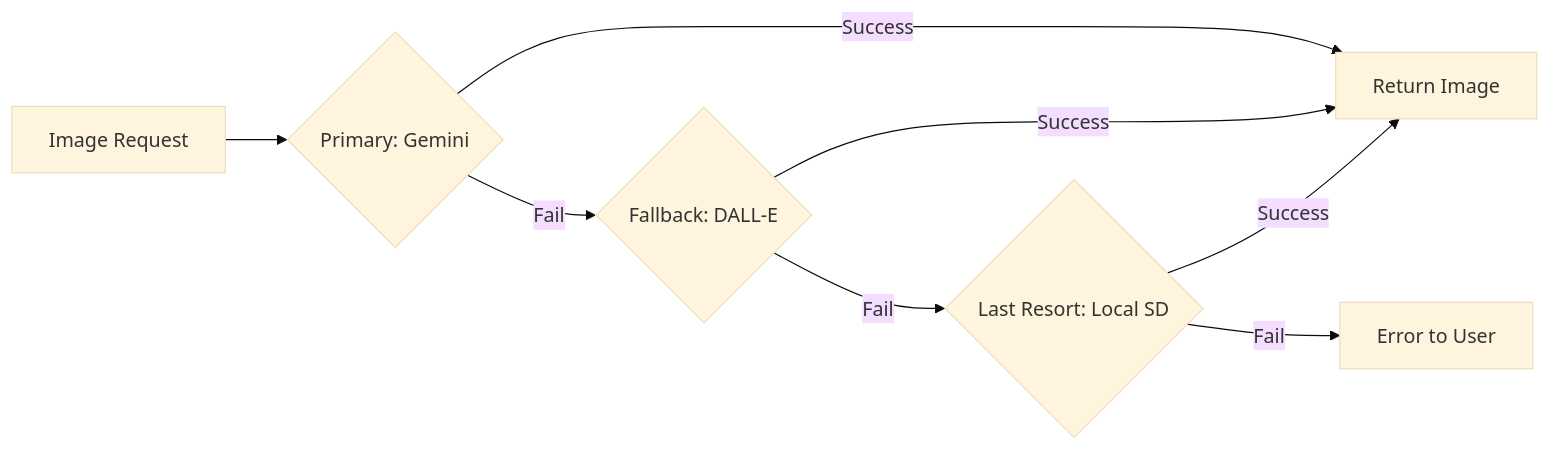
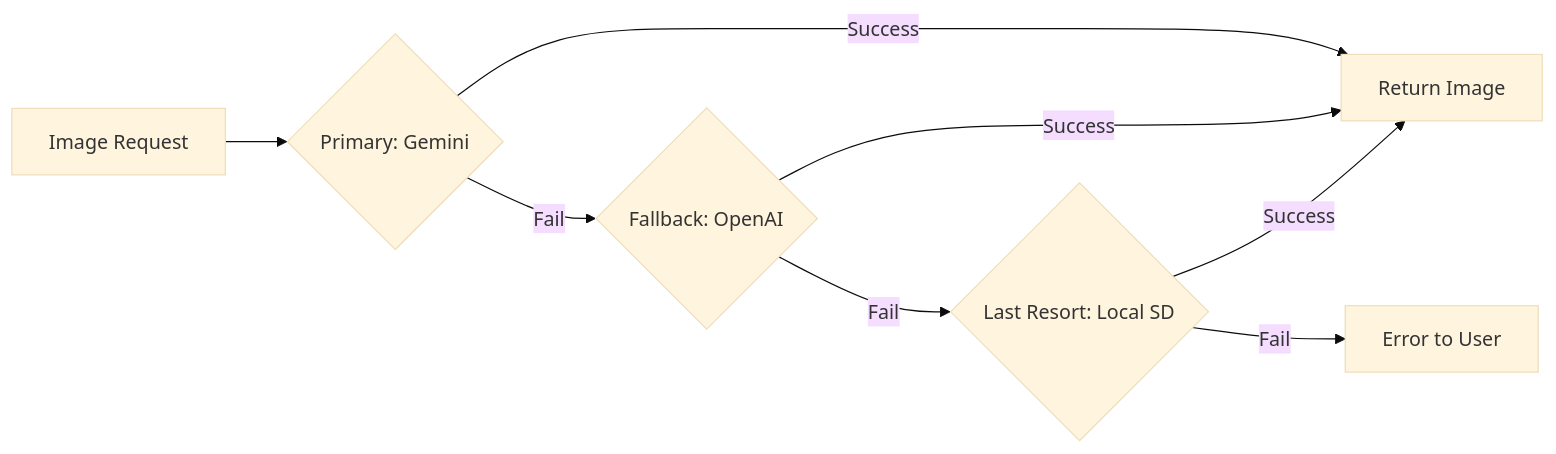
One commit to ihabkhaled/ClawAI changed the second of 2 diagrams in docs/03-architecture/image-pipeline-architecture.md. Above: the diagram before and after it, drawn with Mermaid (base theme). The commit also changed other lines of this file and 223 other files, not shown here.

````diff
--- a/docs/03-architecture/image-pipeline-architecture.md
+++ b/docs/03-architecture/image-pipeline-architecture.md
@@ -94,10 +94,10 @@
 ```mermaid
 flowchart LR
     A[Image Request] --> B{Primary: Gemini}
     B -->|Success| C[Return Image]
-    B -->|Fail| D{Fallback: DALL-E}
+    B -->|Fail| D{Fallback: OpenAI}
     D -->|Success| C
     D -->|Fail| E{Last Resort: Local SD}
     E -->|Success| C
     E -->|Fail| F[Error to User]
 ```
````
